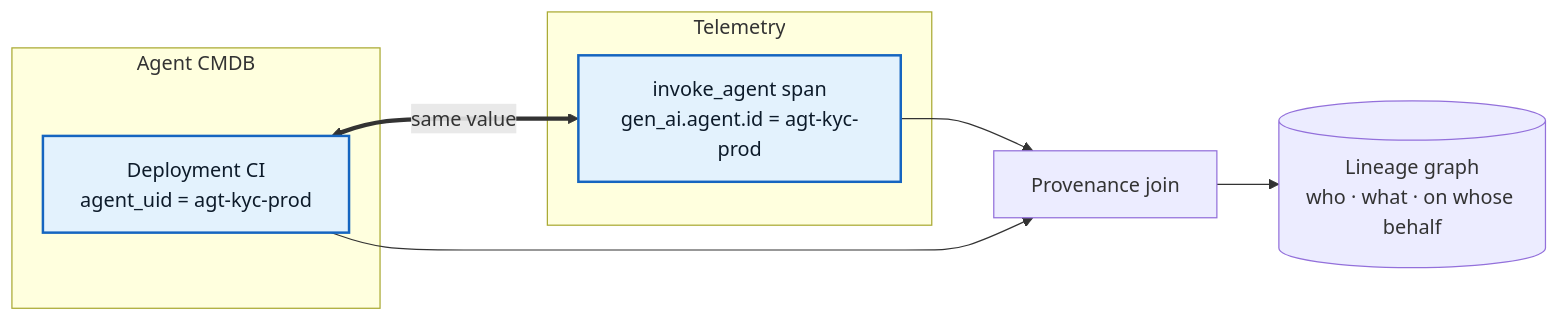
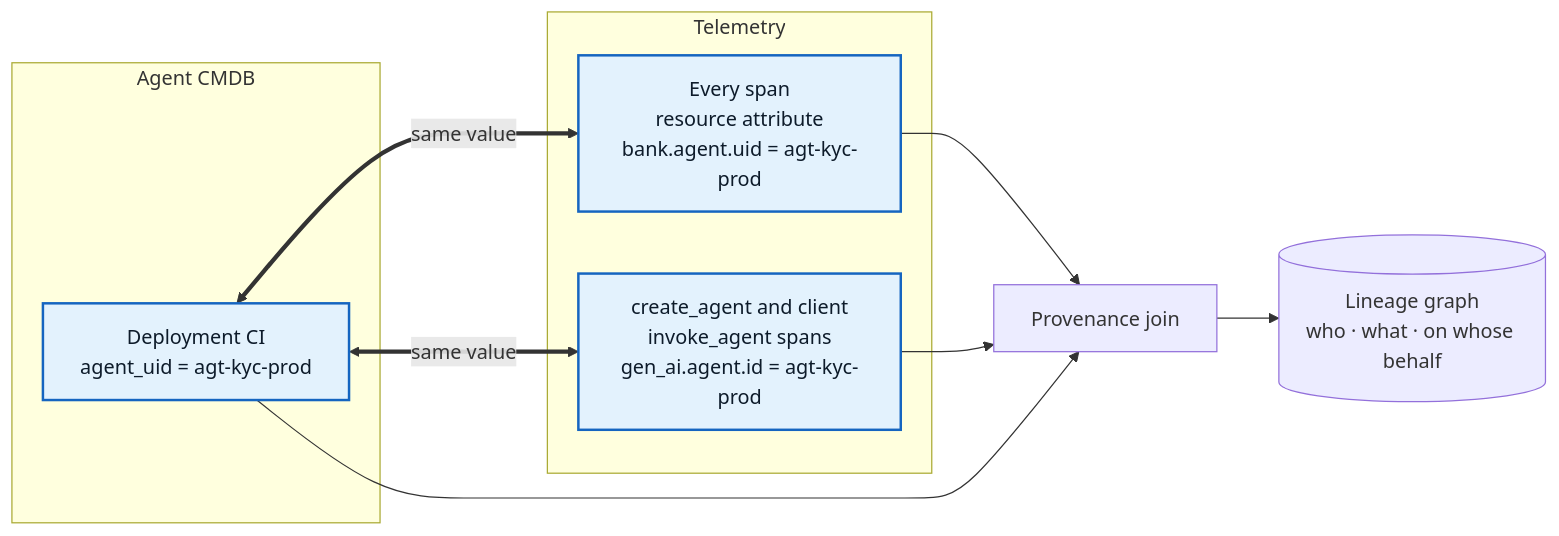
The first of 4 diagrams in docs/09-telemetry-provenance.md (r0hitpilla/Agentic-AI), drawn with Mermaid before and after one commit. The commit also changed other lines of this file and 31 other files, not shown here.

````diff
--- a/docs/09-telemetry-provenance.md
+++ b/docs/09-telemetry-provenance.md
@@ -7,16 +7,19 @@
 ```mermaid
 flowchart LR
     subgraph CMDB["Agent CMDB"]
         CI["Deployment CI<br/>agent_uid = agt-kyc-prod"]
     end
     subgraph OTEL["Telemetry"]
-        SP["invoke_agent span<br/>gen_ai.agent.id = agt-kyc-prod"]
+        RES["Every span<br/>resource attribute<br/>bank.agent.uid = agt-kyc-prod"]
+        SP["create_agent and client<br/>invoke_agent spans<br/>gen_ai.agent.id = agt-kyc-prod"]
     end
+    CI <==>|"same value"| RES
     CI <==>|"same value"| SP
-    SP --> J["Provenance join"]
+    RES --> J["Provenance join"]
+    SP --> J
     CI --> J
     J --> G[("Lineage graph<br/>who · what · on whose behalf")]
 
     classDef key fill:#e3f2fd,stroke:#1565c0,stroke-width:2px,color:#0d1b2a
-    class CI,SP key
+    class CI,RES,SP key
 ```
````
